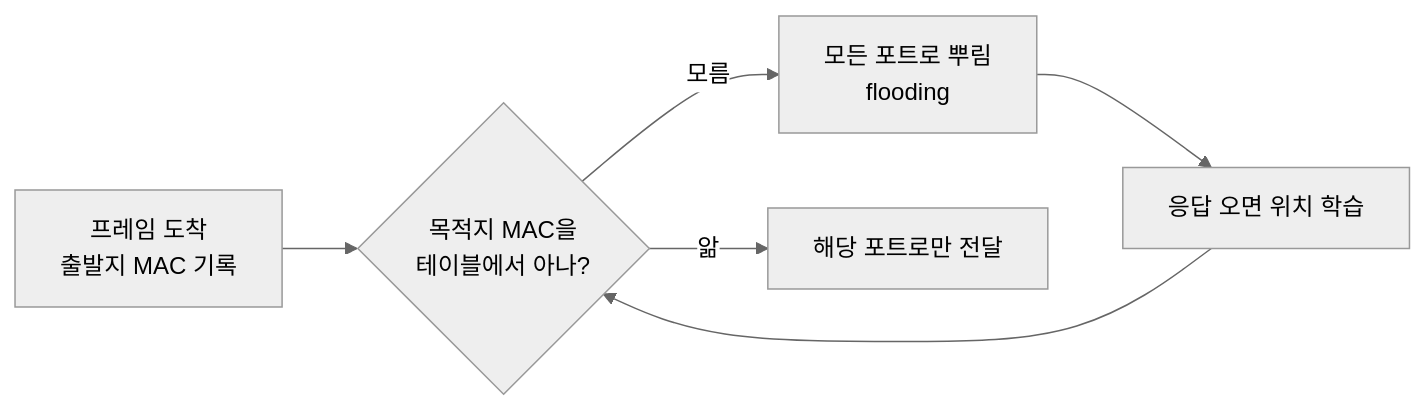
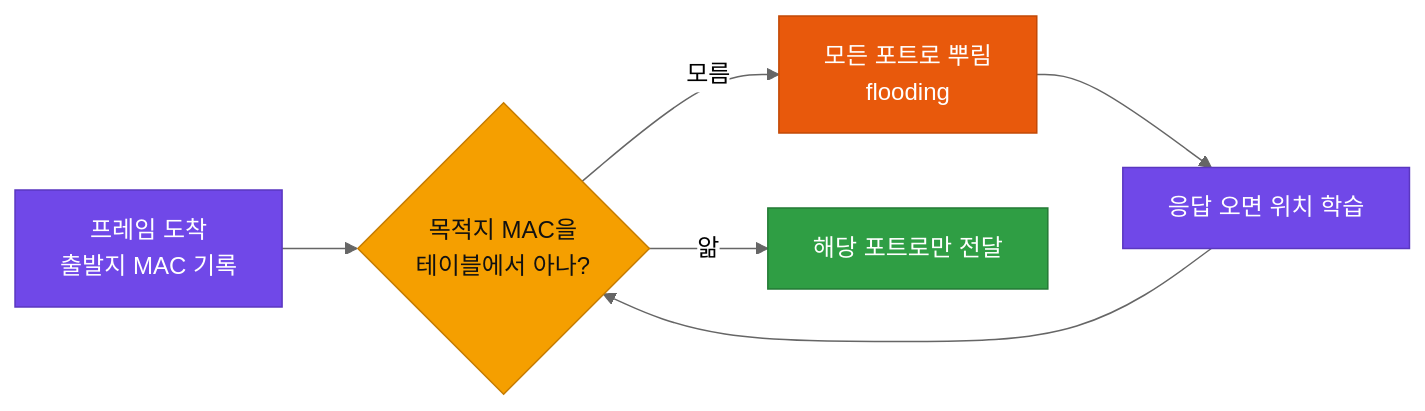
The first of 3 diagrams in 26-09-ai-security-automation-bootcamp/05-instructor-prep/docs/subject-2-network-zt/day01/lecture1.md (welovecherry/jm-teaching-material), drawn with Mermaid (neutral theme) before and after one commit. The commit also changed other lines of this file and 7 other files, not shown here.

First line of the commit message:
feat: Mermaid 컬러화(역할별 색) + 다이어그램 5개 추가 + 어려운 퀴즈 3종 데모

````diff
--- a/26-09-ai-security-automation-bootcamp/05-instructor-prep/docs/subject-2-network-zt/day01/lecture1.md
+++ b/26-09-ai-security-automation-bootcamp/05-instructor-prep/docs/subject-2-network-zt/day01/lecture1.md
@@ -145,8 +145,16 @@
 ```mermaid
 flowchart LR
     A[프레임 도착<br/>출발지 MAC 기록] --> B{목적지 MAC을<br/>테이블에서 아나?}
     B -->|모름| C[모든 포트로 뿌림<br/>flooding]
     B -->|앎| D[해당 포트로만 전달]
     C --> E[응답 오면 위치 학습]
     E --> B
+    classDef step fill:#7048e8,stroke:#5a37c0,color:#fff
+    classDef dec fill:#f59f00,stroke:#c67c00,color:#111
+    classDef ok fill:#2f9e44,stroke:#237a35,color:#fff
+    classDef warn fill:#e8590c,stroke:#c24906,color:#fff
+    class A,E step
+    class B dec
+    class D ok
+    class C warn
 ```
````
